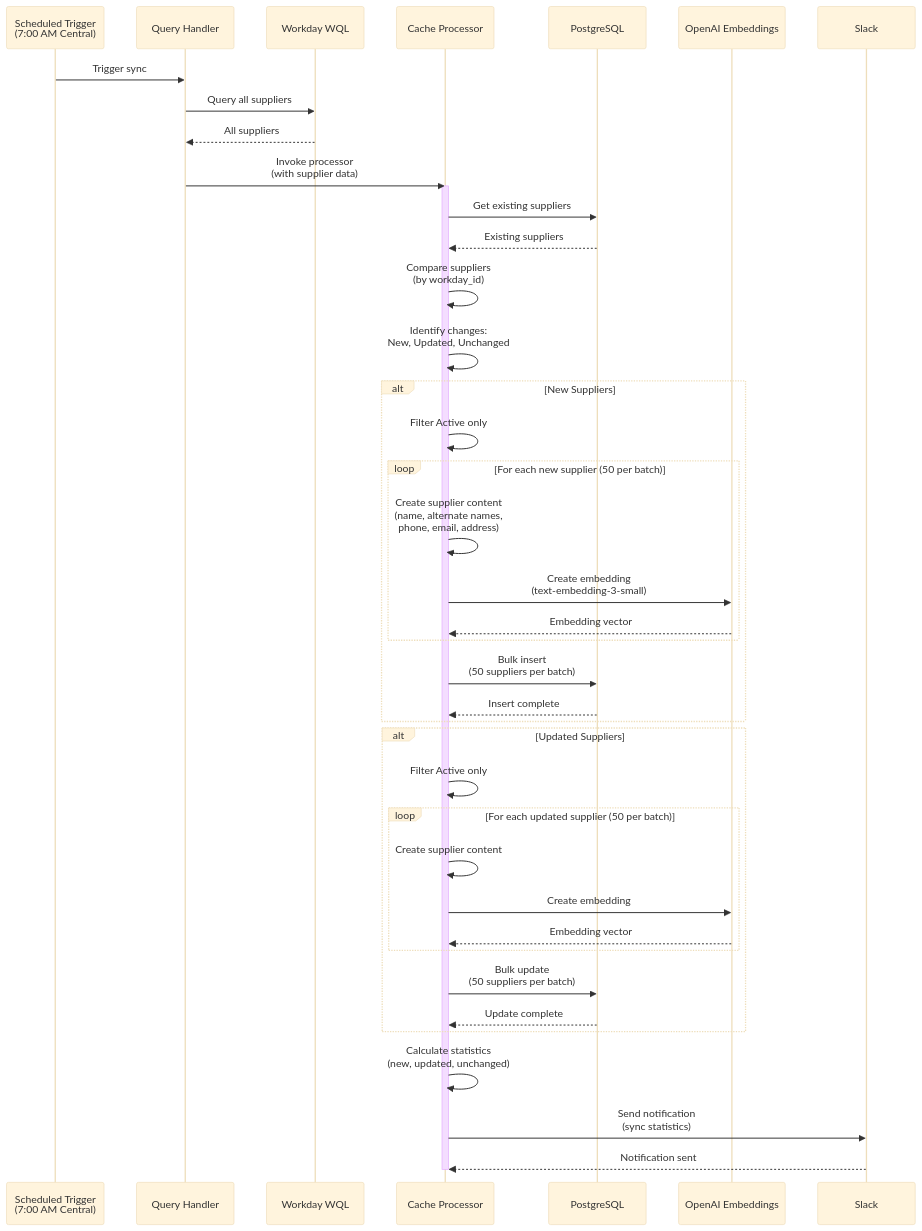
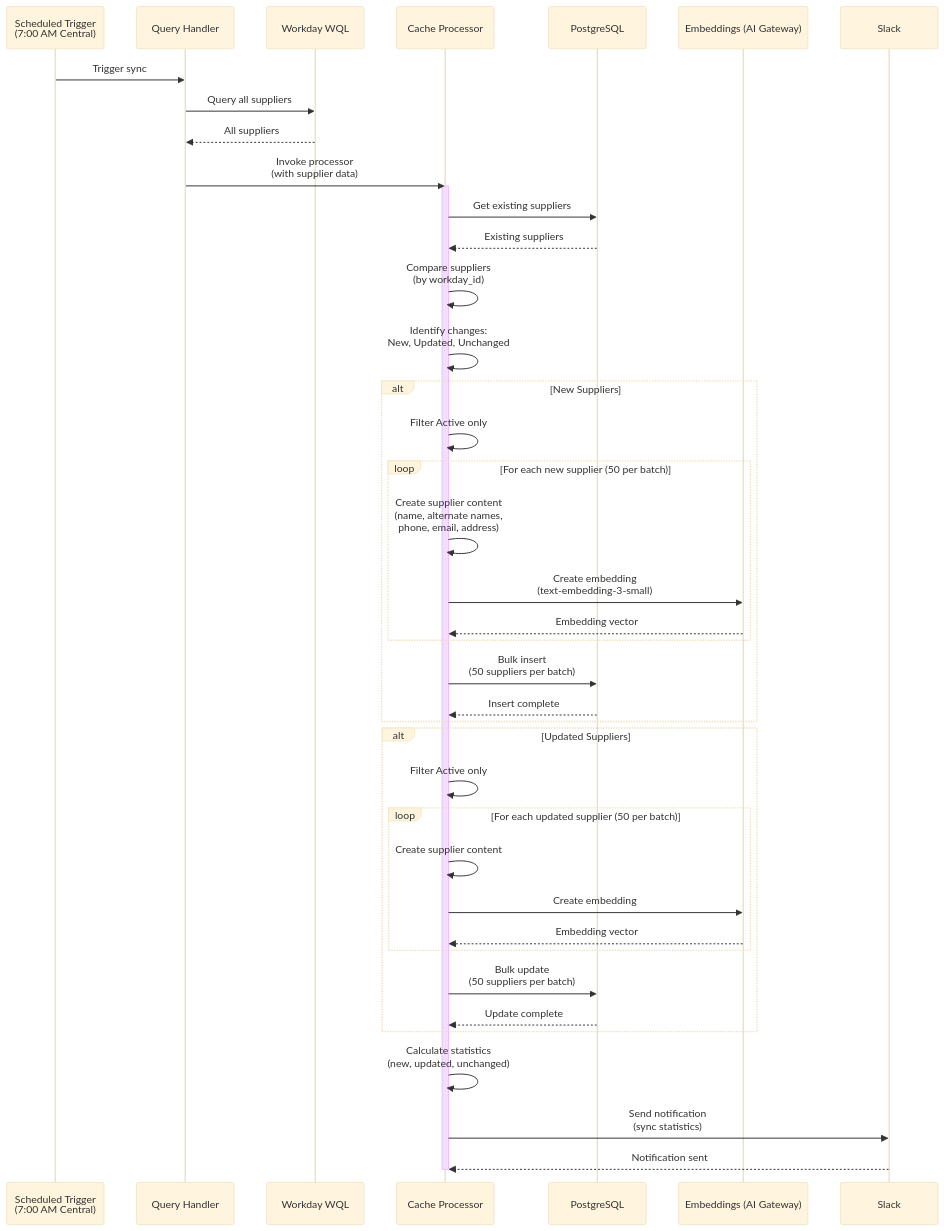
Before and after one commit to pgahq/finance-agent: the seventh of 7 diagrams in README.md, drawn with Mermaid (base theme). The commit also changed other lines of this file and 14 other files, not shown here.

First line of the commit message:
Route all model and embedding traffic through the Vercel AI Gateway (#213)

````diff
--- a/README.md
+++ b/README.md
@@ -537,49 +537,49 @@
 ```mermaid
 sequenceDiagram
     participant Scheduler as Scheduled Trigger<br/>(7:00 AM Central)
     participant QueryHandler as Query Handler
     participant WorkdayWQL as Workday WQL
     participant Processor as Cache Processor
     participant DB as PostgreSQL
-    participant OpenAI as OpenAI Embeddings
+    participant Embed as Embeddings (AI Gateway)
     participant Slack
 
     Scheduler->>QueryHandler: Trigger sync
     QueryHandler->>WorkdayWQL: Query all suppliers
     WorkdayWQL-->>QueryHandler: All suppliers
     QueryHandler->>Processor: Invoke processor<br/>(with supplier data)
 
     activate Processor
     Processor->>DB: Get existing suppliers
     DB-->>Processor: Existing suppliers
 
     Processor->>Processor: Compare suppliers<br/>(by workday_id)
     Processor->>Processor: Identify changes:<br/>New, Updated, Unchanged
 
     alt New Suppliers
         Processor->>Processor: Filter Active only
         loop For each new supplier (50 per batch)
             Processor->>Processor: Create supplier content<br/>(name, alternate names,<br/>phone, email, address)
-            Processor->>OpenAI: Create embedding<br/>(text-embedding-3-small)
-            OpenAI-->>Processor: Embedding vector
+            Processor->>Embed: Create embedding<br/>(text-embedding-3-small)
+            Embed-->>Processor: Embedding vector
         end
         Processor->>DB: Bulk insert<br/>(50 suppliers per batch)
         DB-->>Processor: Insert complete
     end
 
     alt Updated Suppliers
         Processor->>Processor: Filter Active only
         loop For each updated supplier (50 per batch)
             Processor->>Processor: Create supplier content
-            Processor->>OpenAI: Create embedding
-            OpenAI-->>Processor: Embedding vector
+            Processor->>Embed: Create embedding
+            Embed-->>Processor: Embedding vector
         end
         Processor->>DB: Bulk update<br/>(50 suppliers per batch)
         DB-->>Processor: Update complete
     end
 
     Processor->>Processor: Calculate statistics<br/>(new, updated, unchanged)
     Processor->>Slack: Send notification<br/>(sync statistics)
     Slack-->>Processor: Notification sent
     deactivate Processor
 ```
````
